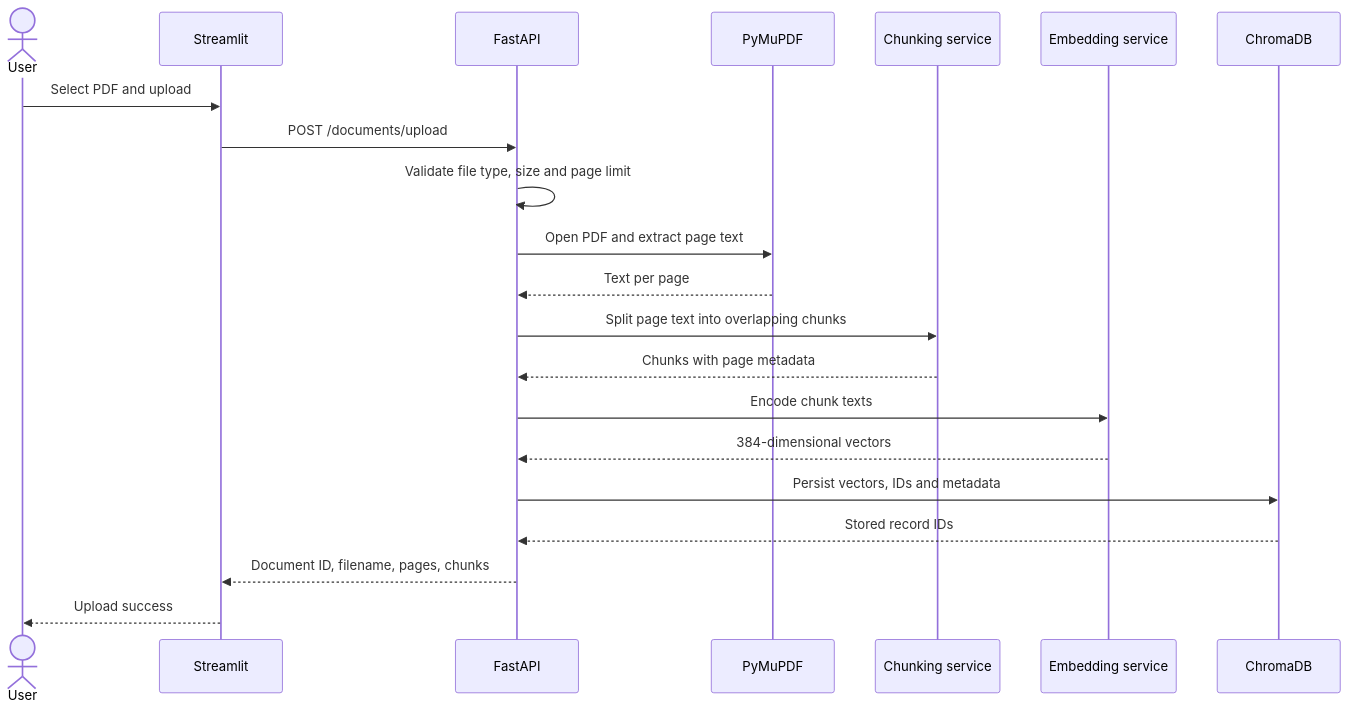
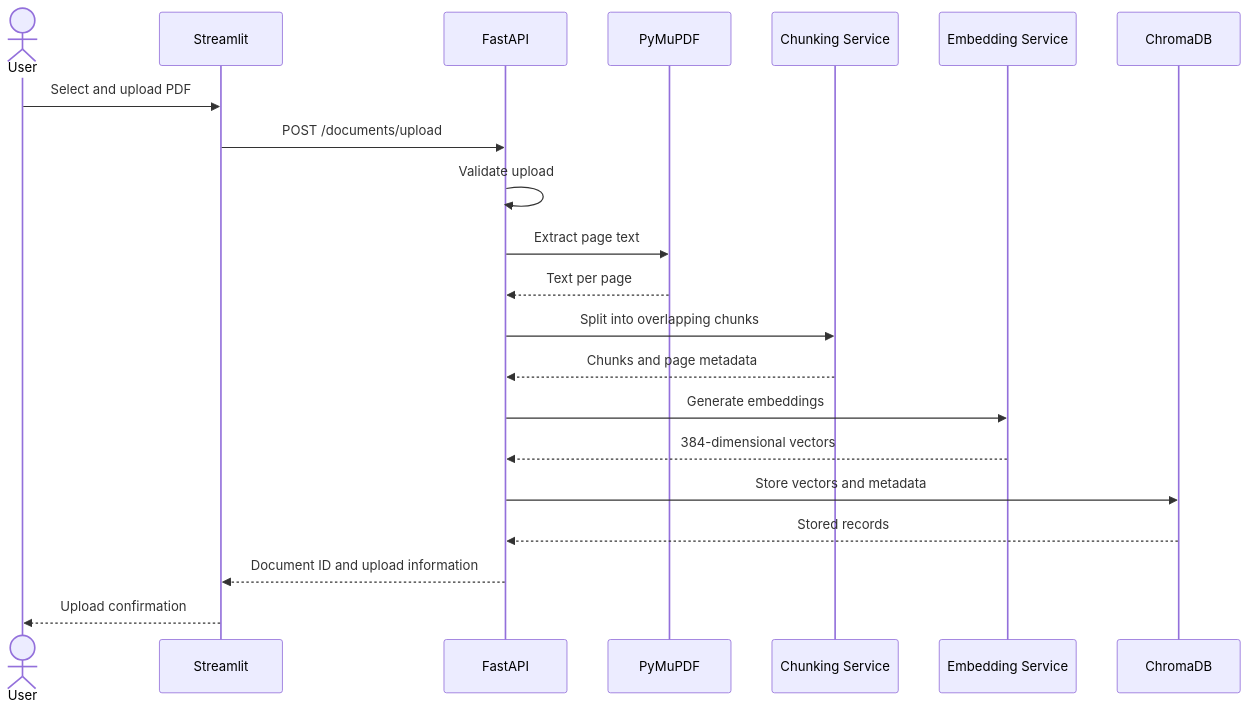
Before and after one commit to nujumniza/ai-document-assistant-documind: the fourth of 7 diagrams in docs/architecture.md, drawn with Mermaid. The commit also changed other lines of this file and 17 other files, not shown here.

````diff
--- a/docs/architecture.md
+++ b/docs/architecture.md
@@ -44,24 +219,24 @@
 ```mermaid
 sequenceDiagram
     actor User
     participant UI as Streamlit
     participant API as FastAPI
     participant PDF as PyMuPDF
-    participant Chunk as Chunking service
-    participant Embed as Embedding service
+    participant Chunk as Chunking Service
+    participant Embed as Embedding Service
     participant Store as ChromaDB
 
-    User->>UI: Select PDF and upload
+    User->>UI: Select and upload PDF
     UI->>API: POST /documents/upload
-    API->>API: Validate file type, size and page limit
-    API->>PDF: Open PDF and extract page text
+    API->>API: Validate upload
+    API->>PDF: Extract page text
     PDF-->>API: Text per page
-    API->>Chunk: Split page text into overlapping chunks
-    Chunk-->>API: Chunks with page metadata
-    API->>Embed: Encode chunk texts
+    API->>Chunk: Split into overlapping chunks
+    Chunk-->>API: Chunks and page metadata
+    API->>Embed: Generate embeddings
     Embed-->>API: 384-dimensional vectors
-    API->>Store: Persist vectors, IDs and metadata
-    Store-->>API: Stored record IDs
-    API-->>UI: Document ID, filename, pages, chunks
-    UI-->>User: Upload success
+    API->>Store: Store vectors and metadata
+    Store-->>API: Stored records
+    API-->>UI: Document ID and upload information
+    UI-->>User: Upload confirmation
 ```
````
